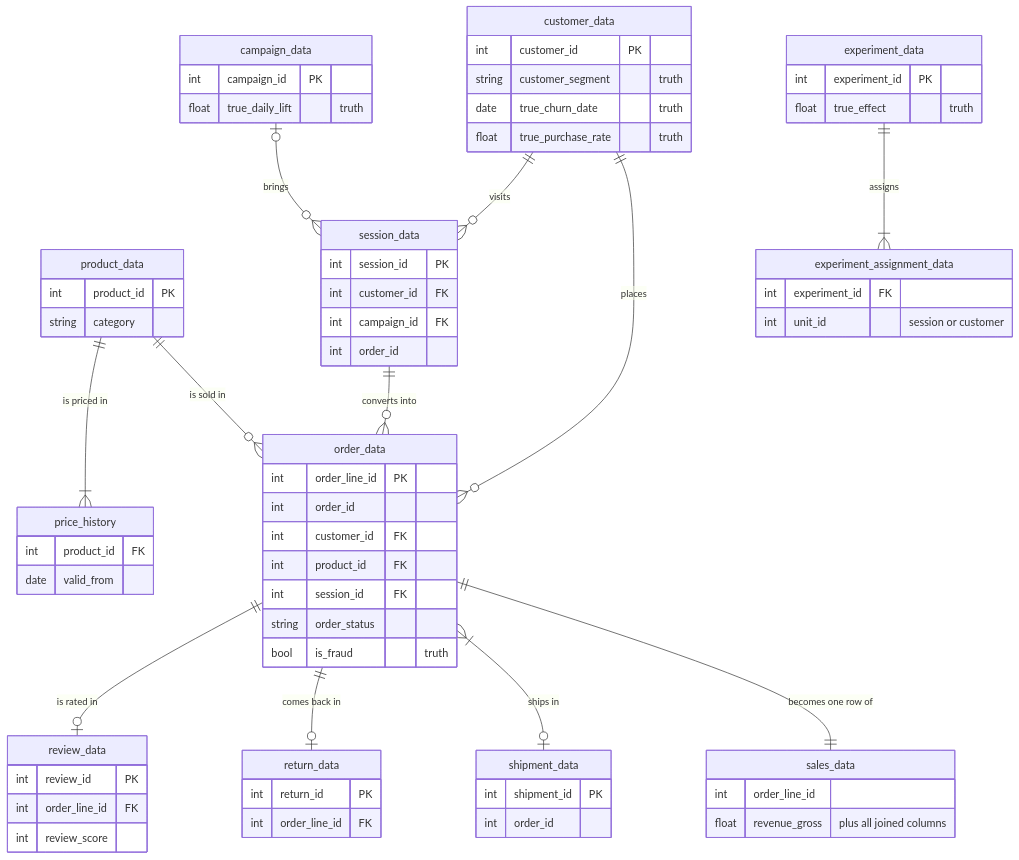
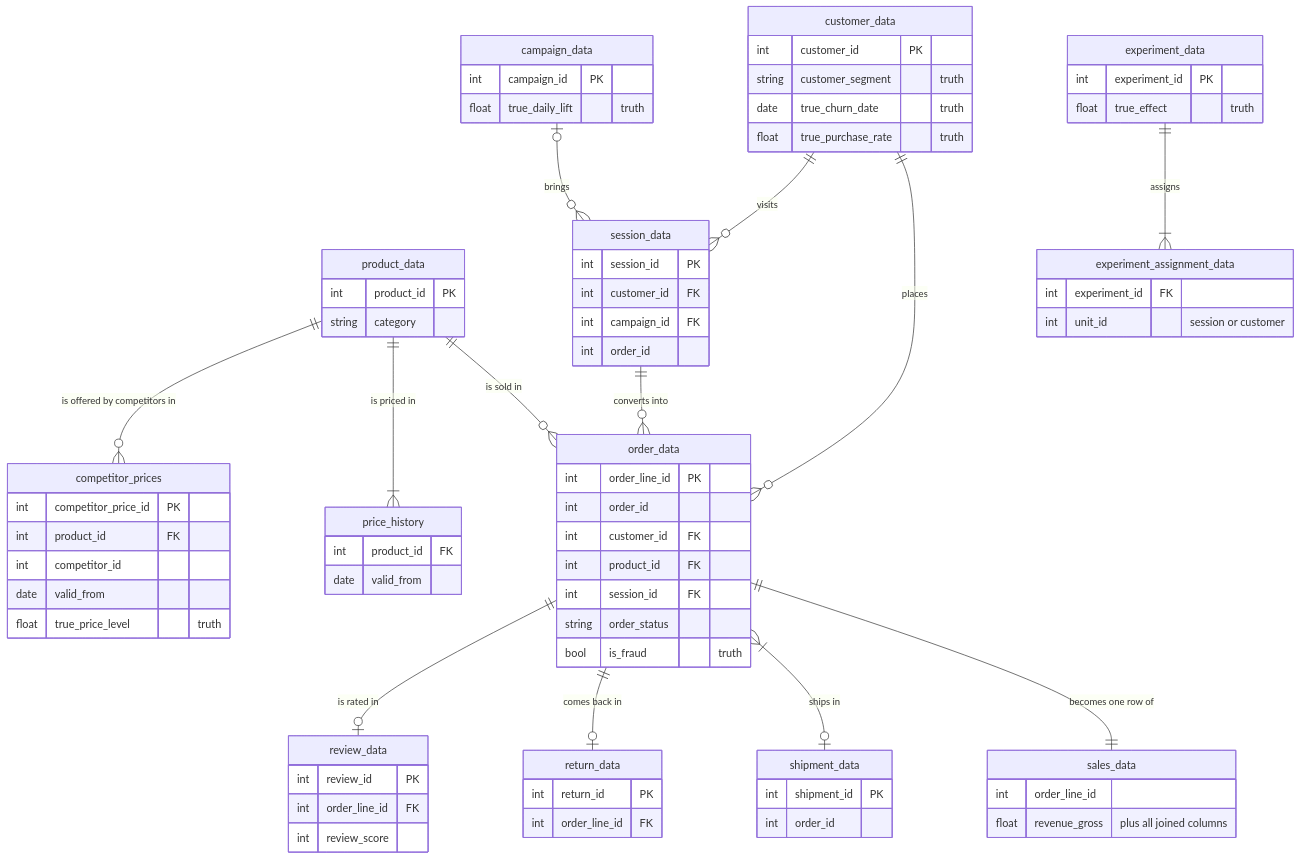
The diagram in docs/data-model.md (tlabedzki/Data-Generator), drawn with Mermaid before and after one commit. The commit also changed other lines of this file and 18 other files, not shown here.

Commit message:
Add competitor_prices: four fictional shops with true price levels (1.5.0)

````diff
--- a/docs/data-model.md
+++ b/docs/data-model.md
@@ -6,72 +6,80 @@
 ```mermaid
 erDiagram
     customer_data ||--o{ order_data : places
     product_data ||--o{ order_data : "is sold in"
     product_data ||--|{ price_history : "is priced in"
+    product_data ||--o{ competitor_prices : "is offered by competitors in"
     order_data ||--|| sales_data : "becomes one row of"
     order_data }|--o| shipment_data : "ships in"
     order_data ||--o| return_data : "comes back in"
     order_data ||--o| review_data : "is rated in"
     customer_data ||--o{ session_data : visits
     campaign_data |o--o{ session_data : brings
     session_data ||--o{ order_data : "converts into"
     experiment_data ||--|{ experiment_assignment_data : assigns
     customer_data {
         int customer_id PK
         string customer_segment "truth"
         date true_churn_date "truth"
         float true_purchase_rate "truth"
     }
     product_data {
         int product_id PK
         string category
     }
     order_data {
         int order_line_id PK
         int order_id
         int customer_id FK
         int product_id FK
         int session_id FK
         string order_status
         bool is_fraud "truth"
     }
     sales_data {
         int order_line_id
         float revenue_gross "plus all joined columns"
     }
     price_history {
         int product_id FK
         date valid_from
     }
+    competitor_prices {
+        int competitor_price_id PK
+        int product_id FK
+        int competitor_id
+        date valid_from
+        float true_price_level "truth"
+    }
     shipment_data {
         int shipment_id PK
         int order_id
     }
     return_data {
         int return_id PK
         int order_line_id FK
     }
     review_data {
         int review_id PK
         int order_line_id FK
         int review_score
     }
     campaign_data {
         int campaign_id PK
         float true_daily_lift "truth"
     }
     session_data {
         int session_id PK
         int customer_id FK
         int campaign_id FK
         int order_id
     }
     experiment_data {
         int experiment_id PK
         float true_effect "truth"
     }
     experiment_assignment_data {
         int experiment_id FK
         int unit_id "session or customer"
     }
 ```
````
